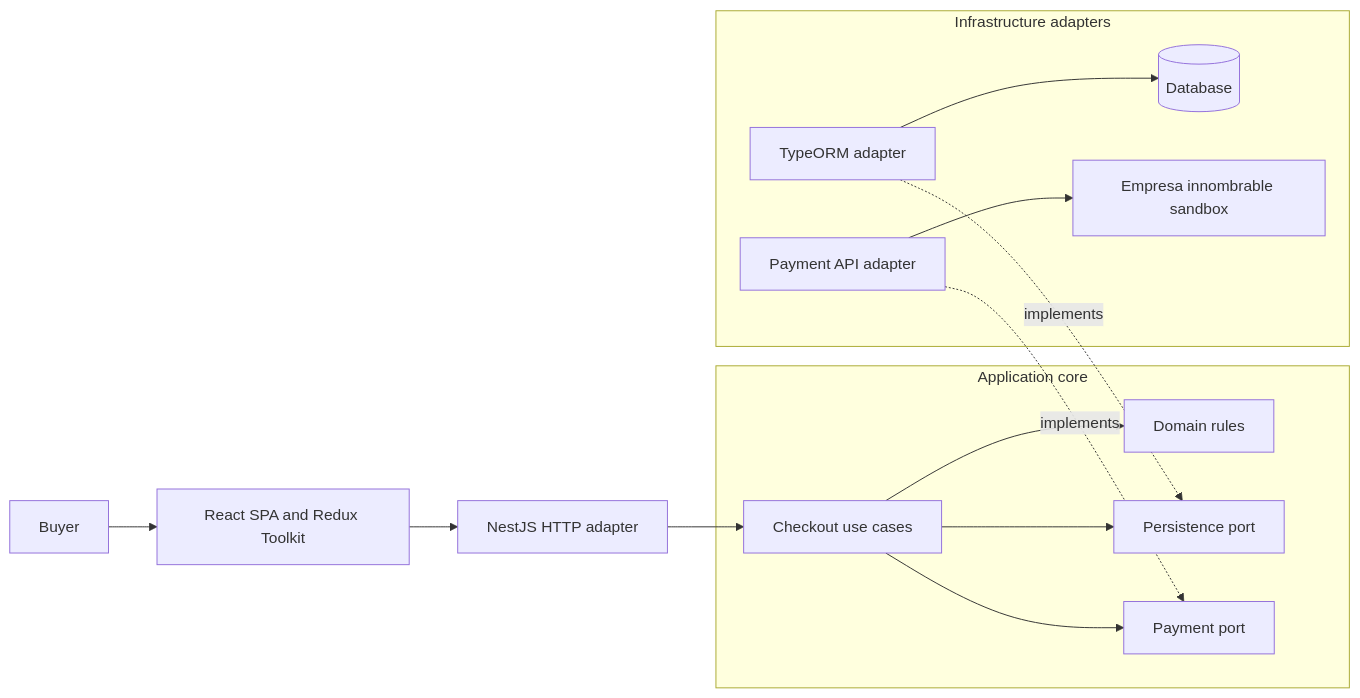
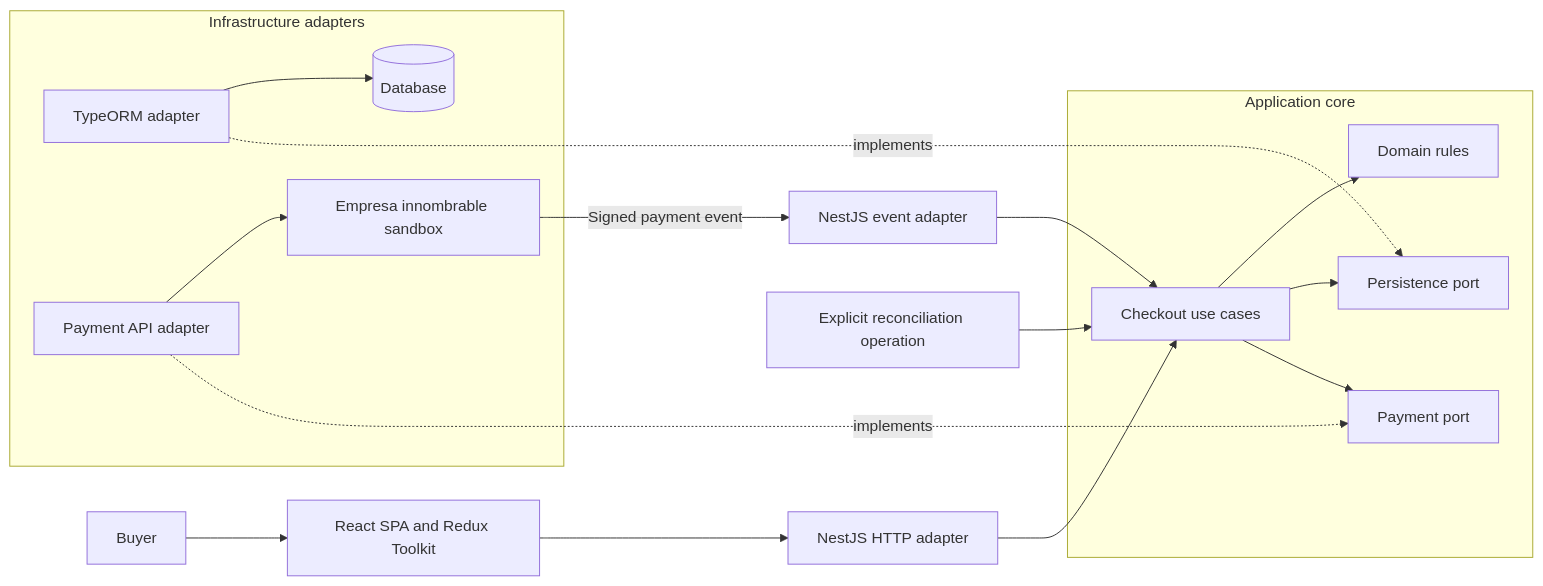
One commit to alexanderbeleno16/product-payment changed the first of 5 diagrams in README.md. Above: the diagram before and after it, drawn with Mermaid. The commit also changed other lines of this file, not shown here.

Commit message:
docs(architecture): clarify idempotent checkout finalization

````diff
--- a/README.md
+++ b/README.md
@@ -9,21 +9,24 @@
 ```mermaid
 flowchart LR
     Buyer[Buyer] --> SPA[React SPA and Redux Toolkit]
     SPA --> HTTP[NestJS HTTP adapter]
+    Provider[Empresa innombrable sandbox] -->|Signed payment event| Event[NestJS event adapter]
+    Reconcile[Explicit reconciliation operation] --> UseCases
 
     subgraph Core[Application core]
         UseCases[Checkout use cases] --> Domain[Domain rules]
         UseCases --> PersistencePort[Persistence port]
         UseCases --> PaymentPort[Payment port]
     end
 
     HTTP --> UseCases
+    Event --> UseCases
 
     subgraph Infrastructure[Infrastructure adapters]
         TypeORM[TypeORM adapter] --> Database[(Database)]
-        PaymentAdapter[Payment API adapter] --> Provider[Empresa innombrable sandbox]
+        PaymentAdapter[Payment API adapter] --> Provider
     end
 
     TypeORM -. implements .-> PersistencePort
     PaymentAdapter -. implements .-> PaymentPort
 ```
````
